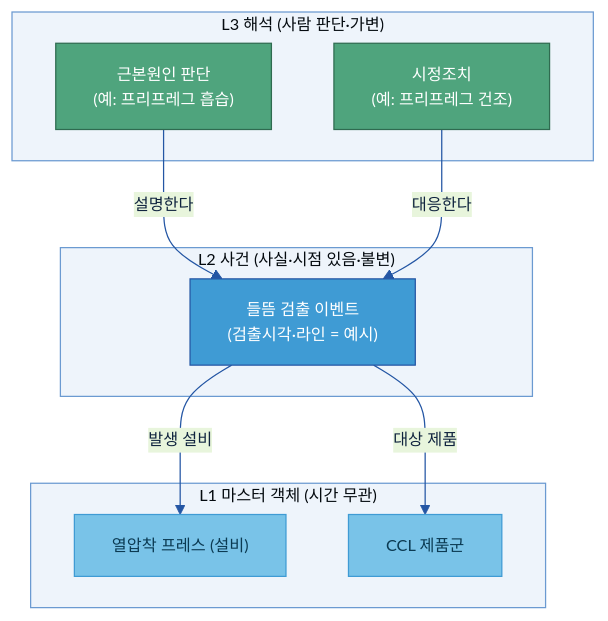
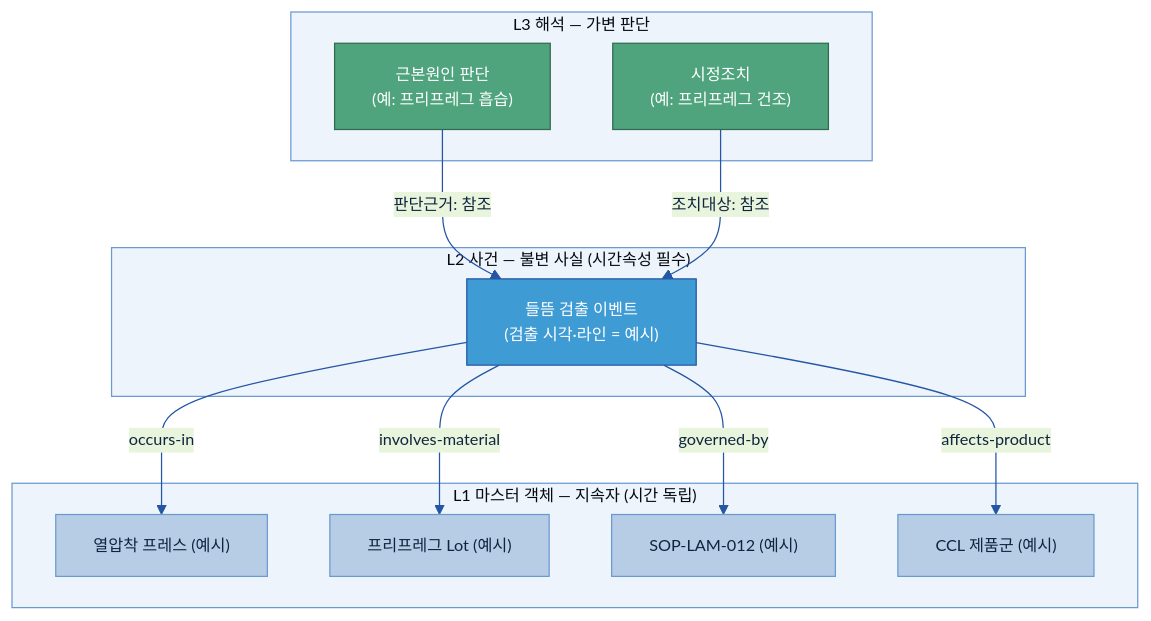
One commit to jin-kearney/ai-ready-data-manual changed the fifth of 14 diagrams in 가이드 작성/B-3 온톨로지/B-3 온톨로지.md. Above: the diagram before and after it, drawn with Mermaid. The commit also changed other lines of this file and 2 other files, not shown here.

````diff
--- a/가이드 작성/B-3 온톨로지/B-3 온톨로지.md
+++ b/가이드 작성/B-3 온톨로지/B-3 온톨로지.md
@@ -412,22 +423,26 @@
 ```mermaid
-%%{init:{'theme':'base','themeVariables':{'primaryColor':'#DCE8F5','primaryBorderColor':'#2456A4','primaryTextColor':'#10243f','lineColor':'#2456A4','clusterBkg':'#EEF4FB','clusterBorder':'#6B9AD1','fontSize':'13px'}}}%%
+%%{init: {'theme':'base','themeVariables':{'primaryColor':'#DCE8F5','primaryBorderColor':'#2456A4','primaryTextColor':'#10243f','lineColor':'#2456A4','clusterBkg':'#EEF4FB','clusterBorder':'#6B9AD1','fontSize':'13px'}}}%%
 flowchart TB
-    subgraph L3["L3 해석 (사람 판단·가변)"]
-        RC["근본원인 판단\n(예: 프리프레그 흡습)"]:::loop
-        CA["시정조치\n(예: 프리프레그 건조)"]:::loop
+    subgraph L3["L3 해석 — 가변 판단"]
+        CA["근본원인 판단\n(예: 프리프레그 흡습)"]:::loop
+        ACT["시정조치\n(예: 프리프레그 건조)"]:::loop
     end
-    subgraph L2["L2 사건 (사실·시점 있음·불변)"]
-        EV["들뜸 검출 이벤트\n(검출시각·라인 = 예시)"]:::gate
+    subgraph L2["L2 사건 — 불변 사실 (시간속성 필수)"]
+        EV["들뜸 검출 이벤트\n(검출 시각·라인 = 예시)"]:::gate
     end
-    subgraph L1["L1 마스터 객체 (시간 무관)"]
-        EQ["열압착 프레스 (설비)"]:::src
-        PR["CCL 제품군"]:::src
+    subgraph L1["L1 마스터 객체 — 지속자 (시간 독립)"]
+        EQ["열압착 프레스 (예시)"]:::n
+        MAT["프리프레그 Lot (예시)"]:::n
+        SOP["SOP-LAM-012 (예시)"]:::n
+        PROD["CCL 제품군 (예시)"]:::n
     end
-    RC -->|"설명한다"| EV
-    CA -->|"대응한다"| EV
-    EV -->|"발생 설비"| EQ
-    EV -->|"대상 제품"| PR
-    classDef src fill:#79C3E8,stroke:#3F9BD4,color:#0b3a52;
+    CA -->|"판단근거: 참조"| EV
+    ACT -->|"조치대상: 참조"| EV
+    EV -->|"occurs-in"| EQ
+    EV -->|"involves-material"| MAT
+    EV -->|"governed-by"| SOP
+    EV -->|"affects-product"| PROD
+    classDef n fill:#B7CDE6,stroke:#6B9AD1,color:#10243f;
     classDef gate fill:#3F9BD4,stroke:#2456A4,color:#fff;
     classDef loop fill:#4FA47D,stroke:#2f6b50,color:#fff;
 ```
````
